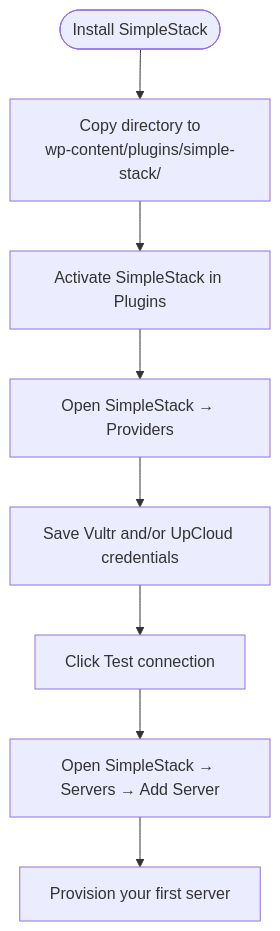
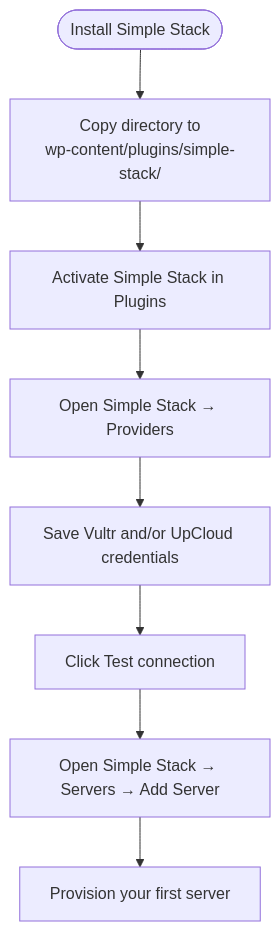
The second of 6 diagrams in .qoder/repowiki/en/content/Getting Started.md (onedogsolutions/simple-stack), drawn with Mermaid before and after one commit. The commit also changed other lines of this file and 5941 other files, not shown here.

First line of the commit message:
refactor(core): rebrand WPCloudDeploy to Simple Stack with new namespaces and prefixes

````diff
--- a/.qoder/repowiki/en/content/Getting Started.md
+++ b/.qoder/repowiki/en/content/Getting Started.md
@@ -92,10 +92,10 @@
 ```mermaid
 flowchart TD
-Start(["Install SimpleStack"]) --> Copy["Copy directory to<br/>wp-content/plugins/simple-stack/"]
-Copy --> Activate["Activate SimpleStack in Plugins"]
-Activate --> Providers["Open SimpleStack → Providers"]
+Start(["Install Simple Stack"]) --> Copy["Copy directory to<br/>wp-content/plugins/simple-stack/"]
+Copy --> Activate["Activate Simple Stack in Plugins"]
+Activate --> Providers["Open Simple Stack → Providers"]
 Providers --> SaveCredentials["Save Vultr and/or UpCloud credentials"]
 SaveCredentials --> TestConnection["Click Test connection"]
-TestConnection --> Provision["Open SimpleStack → Servers → Add Server"]
+TestConnection --> Provision["Open Simple Stack → Servers → Add Server"]
 Provision --> FirstServer["Provision your first server"]
 ```
````
